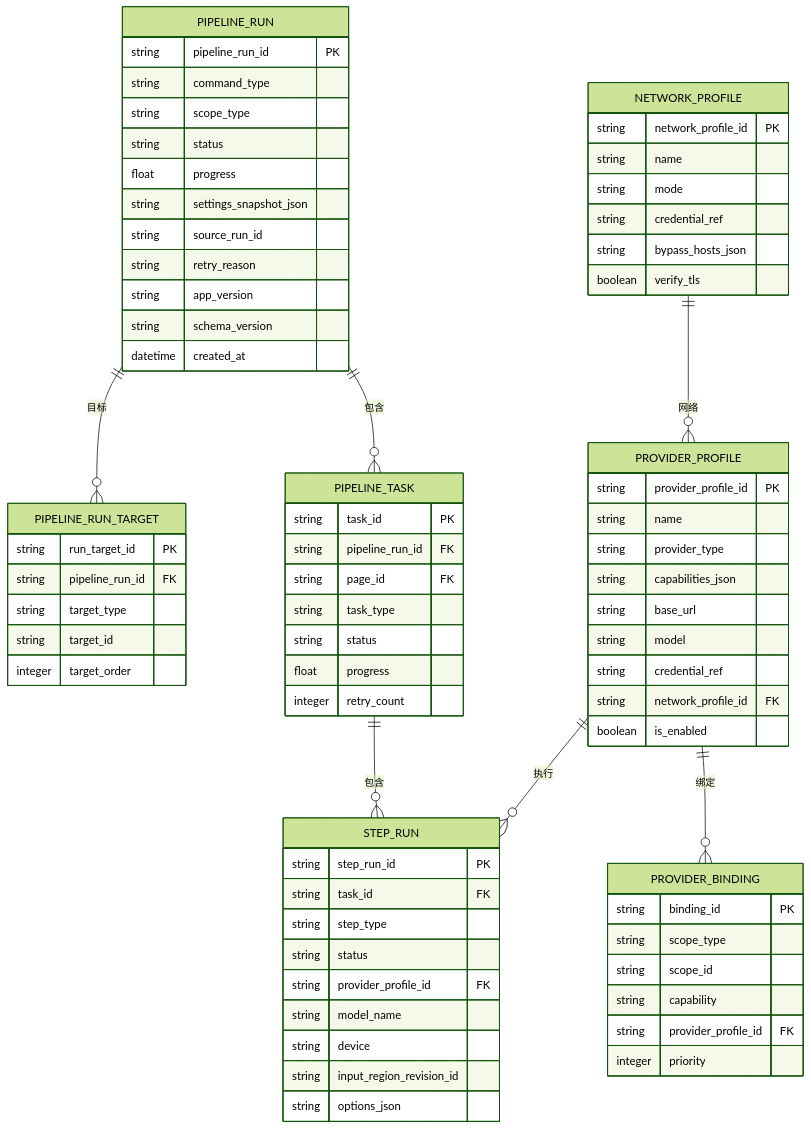
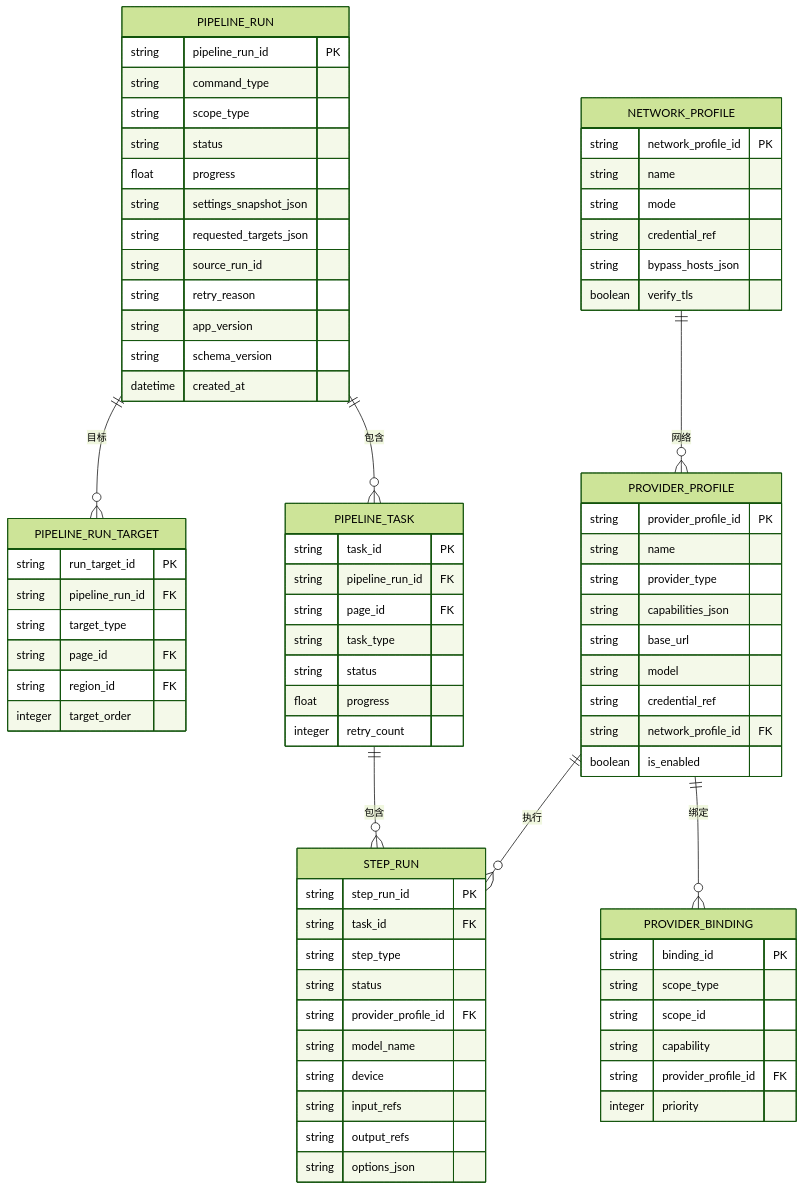
The third of 3 diagrams in doc/03_DATA_MODEL.md (peakwheat-pixel/New-Manga), drawn with Mermaid (forest theme) before and after one commit. The commit also changed other lines of this file and 10 other files, not shown here.

```diff
--- a/doc/03_DATA_MODEL.md
+++ b/doc/03_DATA_MODEL.md
@@ -2298,6 +2306,7 @@
         string status
         float progress
         string settings_snapshot_json
+        string requested_targets_json
         string source_run_id
         string retry_reason
         string app_version
@@ -2309,7 +2318,8 @@
         string run_target_id PK
         string pipeline_run_id FK
         string target_type
-        string target_id
+        string page_id FK
+        string region_id FK
         integer target_order
     }
 
@@ -2331,7 +2341,8 @@
         string provider_profile_id FK
         string model_name
         string device
-        string input_region_revision_id
+        string input_refs
+        string output_refs
         string options_json
     }
 
```
